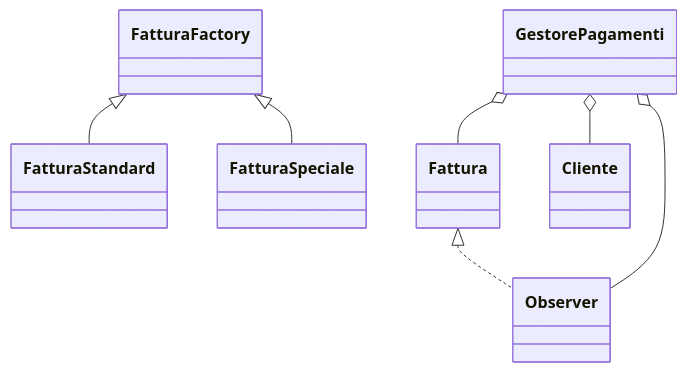
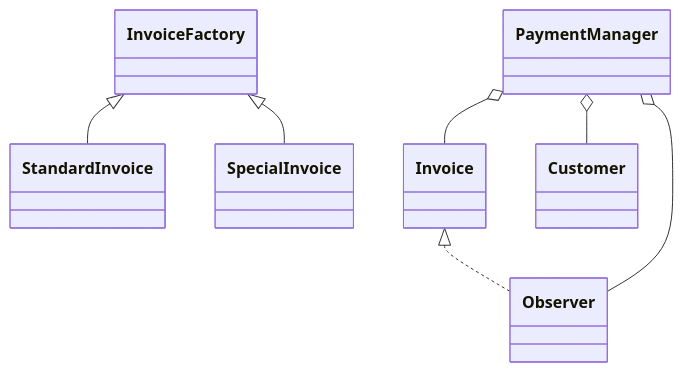
Before and after one commit to Alex-Cambrini/pss24-25-WasteMaster-Cambrini-Ferrari-Ragazzini: the fifth of 8 diagrams in README.md, drawn with Mermaid. The commit also changed other lines of this file, not shown here.

````diff
--- a/README.md
+++ b/README.md
@@ -180,16 +181,16 @@
 ```mermaid
 classDiagram
-    class FatturaFactory
-    class Fattura
-    class FatturaStandard
-    class FatturaSpeciale
-    class GestorePagamenti
-    class Cliente
+    class InvoiceFactory
+    class Invoice
+    class StandardInvoice
+    class SpecialInvoice
+    class PaymentManager
+    class Customer
 
-    FatturaFactory <|-- FatturaStandard
-    FatturaFactory <|-- FatturaSpeciale
-    GestorePagamenti o-- Fattura
-    GestorePagamenti o-- Cliente
-    Fattura <|.. Observer
-    GestorePagamenti o-- Observer
+    InvoiceFactory <|-- StandardInvoice
+    InvoiceFactory <|-- SpecialInvoice
+    PaymentManager o-- Invoice
+    PaymentManager o-- Customer
+    Invoice <|.. Observer
+    PaymentManager o-- Observer
 ```
````
